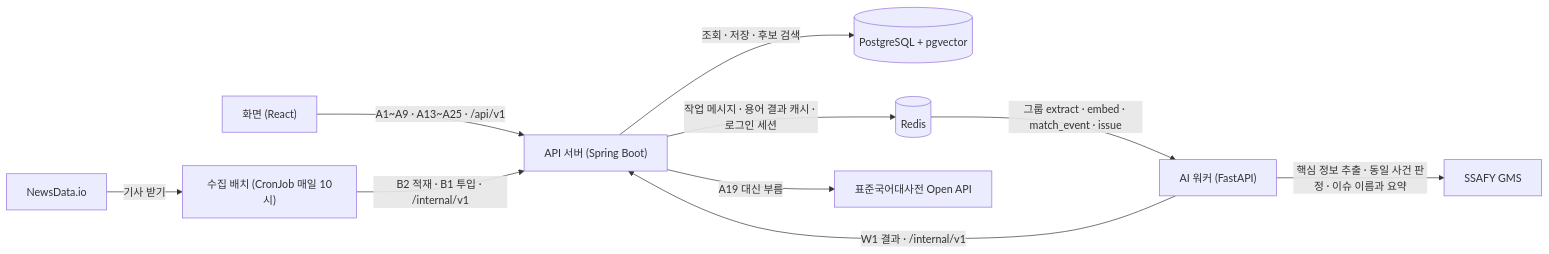
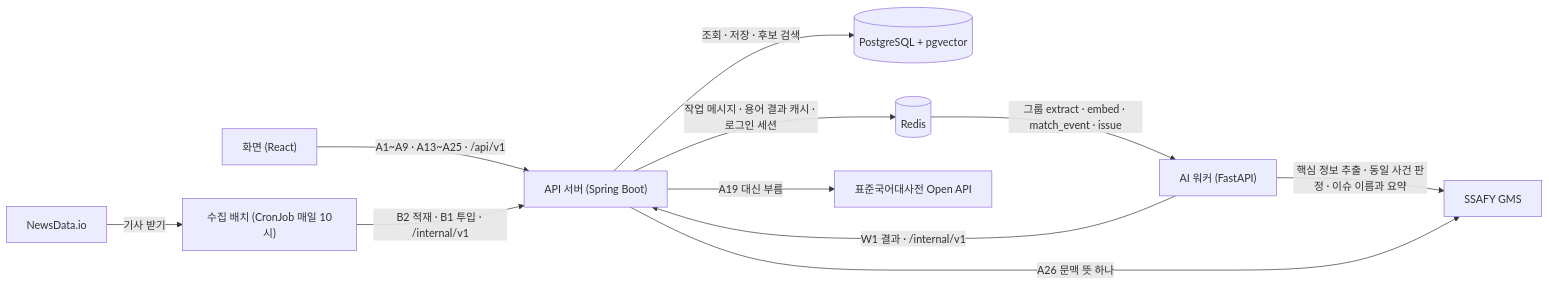
The first of 5 diagrams in docs/api.md (a102-NEWLEARN/NEW-LEARN), drawn with Mermaid before and after one commit. The commit also changed other lines of this file and 7 other files, not shown here.

````diff
--- a/docs/api.md
+++ b/docs/api.md
@@ -23,12 +23,13 @@
 ```mermaid
 flowchart LR
   FE["화면 (React)"] -- "A1~A9 · A13~A25 · /api/v1" --> API["API 서버 (Spring Boot)"]
   N["NewsData.io"] -- "기사 받기" --> B["수집 배치 (CronJob 매일 10시)"]
   B -- "B2 적재 · B1 투입 · /internal/v1" --> API
   API -- "조회 · 저장 · 후보 검색" --> DB[("PostgreSQL + pgvector")]
   API -- "작업 메시지 · 용어 결과 캐시 · 로그인 세션" --> R[("Redis")]
   R -- "그룹 extract · embed · match_event · issue" --> W["AI 워커 (FastAPI)"]
   W -- "W1 결과 · /internal/v1" --> API
   W -- "핵심 정보 추출 · 동일 사건 판정 · 이슈 이름과 요약" --> G["SSAFY GMS"]
   API -- "A19 대신 부름" --> D["표준국어대사전 Open API"]
+  API -- "A26 문맥 뜻 하나" --> G
 ```
````
